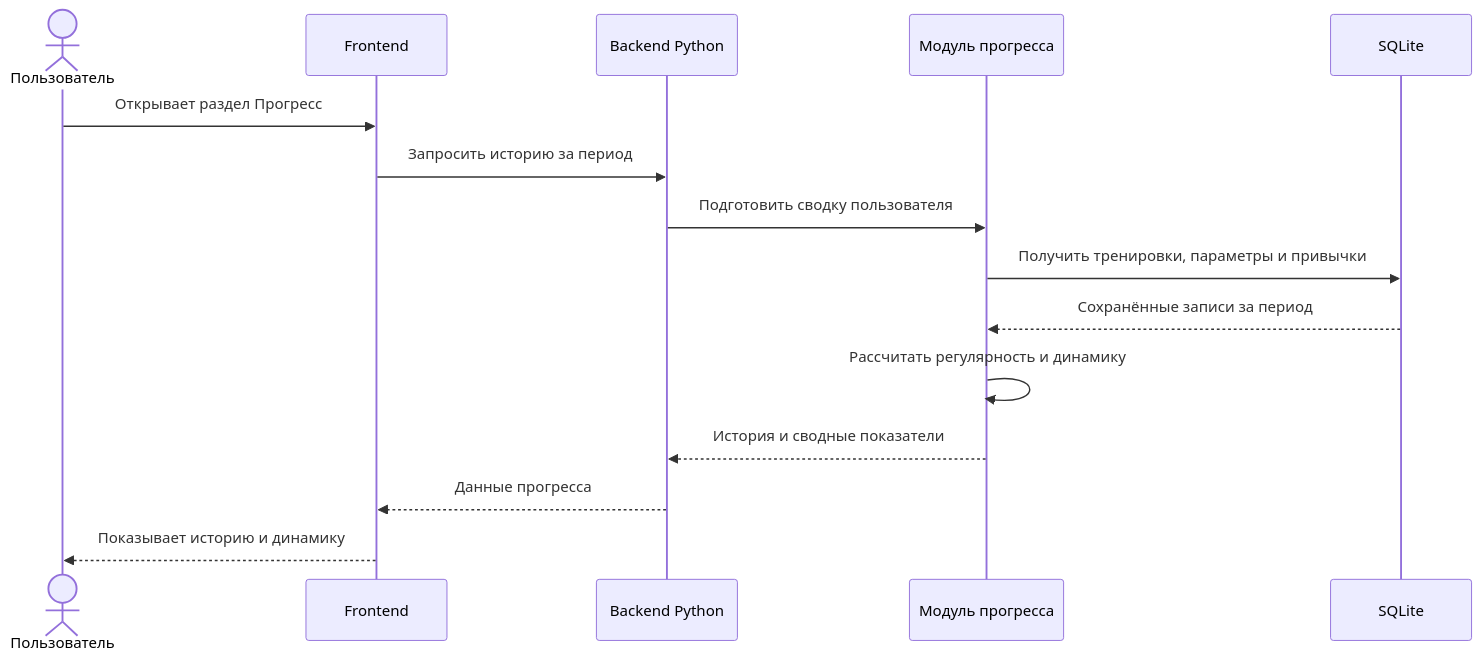
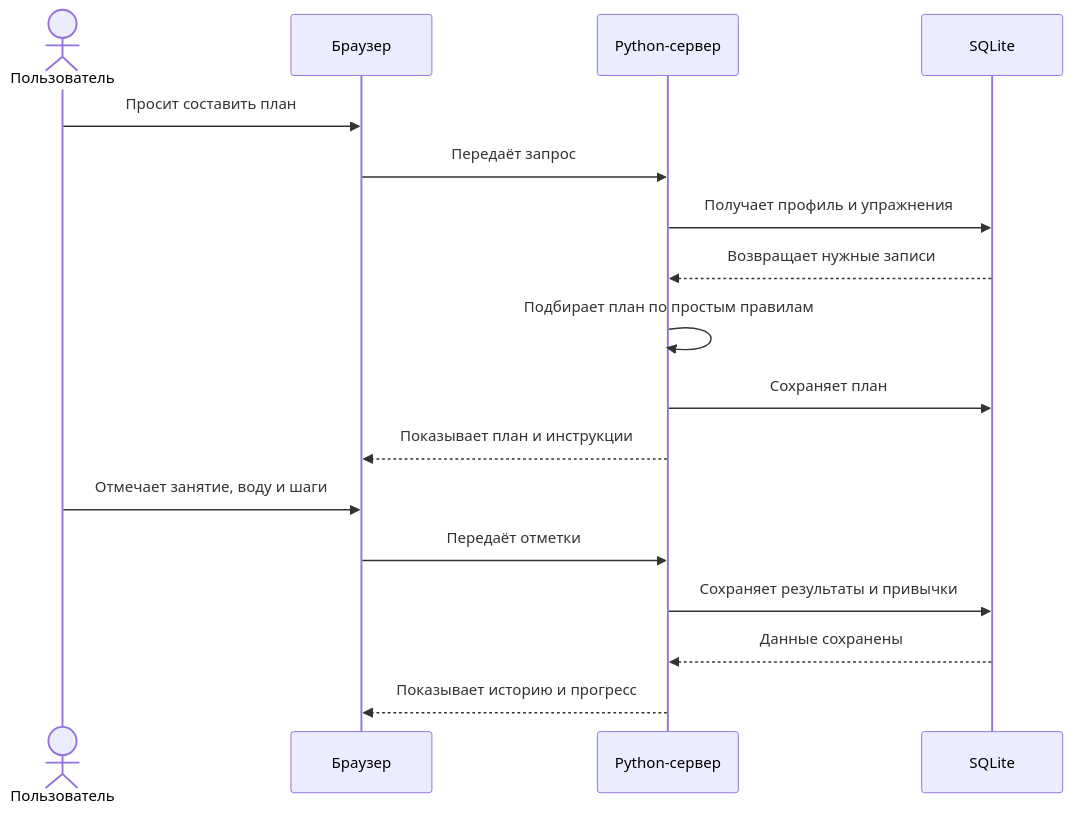
The third of 3 diagrams in sequence-diagram.md (zdudanets-spec/individual-fitness-trainer), drawn with Mermaid before and after one commit. The commit also changed other lines of this file and 9 other files, not shown here.

````diff
--- a/sequence-diagram.md
+++ b/sequence-diagram.md
@@ -62,17 +51,19 @@
 ```mermaid
 sequenceDiagram
-    actor U as Пользователь
-    participant F as Frontend
-    participant B as Backend Python
-    participant G as Модуль прогресса
-    participant D as SQLite
-    U->>F: Открывает раздел Прогресс
-    F->>B: Запросить историю за период
-    B->>G: Подготовить сводку пользователя
-    G->>D: Получить тренировки, параметры и привычки
-    D-->>G: Сохранённые записи за период
-    G->>G: Рассчитать регулярность и динамику
-    G-->>B: История и сводные показатели
-    B-->>F: Данные прогресса
-    F-->>U: Показывает историю и динамику
+    actor User as Пользователь
+    participant Browser as Браузер
+    participant Server as Python-сервер
+    participant DB as SQLite
+    User->>Browser: Просит составить план
+    Browser->>Server: Передаёт запрос
+    Server->>DB: Получает профиль и упражнения
+    DB-->>Server: Возвращает нужные записи
+    Server->>Server: Подбирает план по простым правилам
+    Server->>DB: Сохраняет план
+    Server-->>Browser: Показывает план и инструкции
+    User->>Browser: Отмечает занятие, воду и шаги
+    Browser->>Server: Передаёт отметки
+    Server->>DB: Сохраняет результаты и привычки
+    DB-->>Server: Данные сохранены
+    Server-->>Browser: Показывает историю и прогресс
 ```
````
